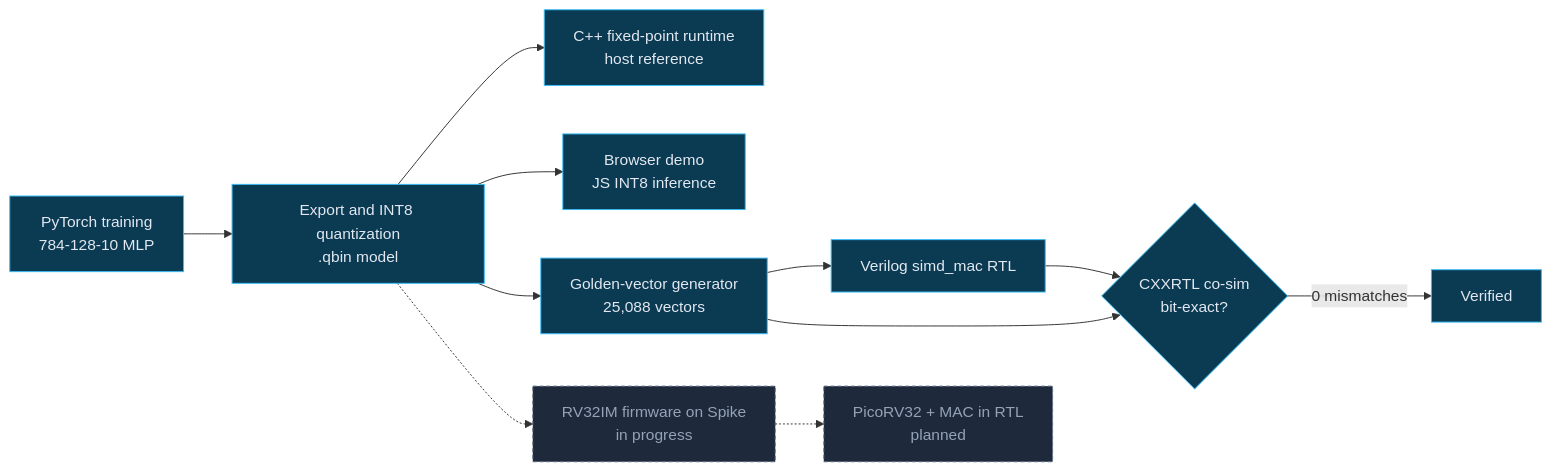
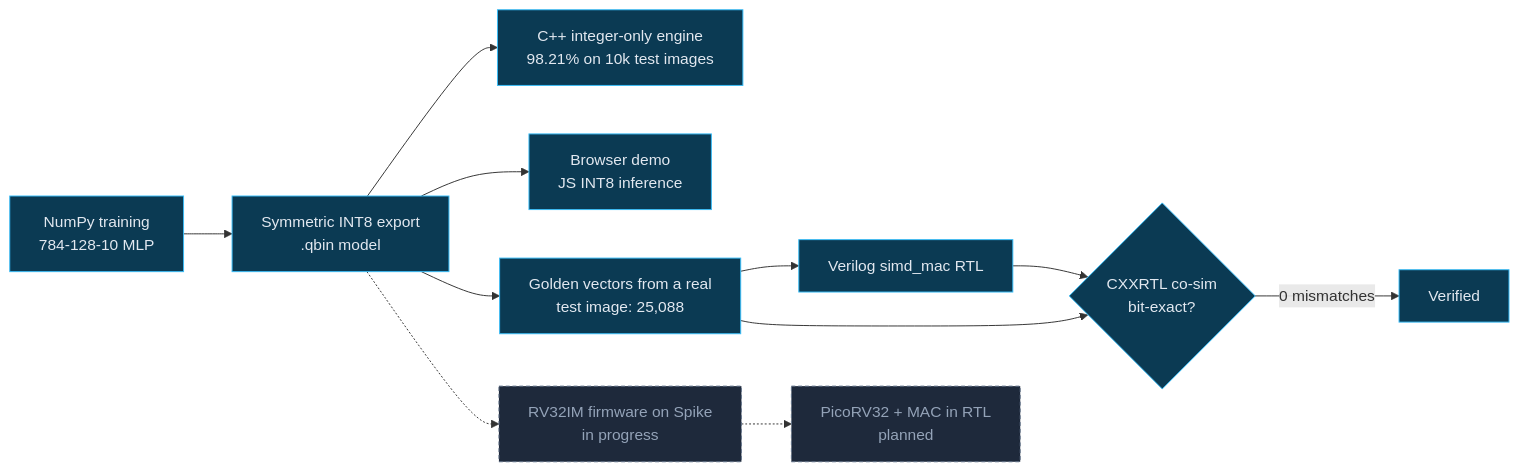
One commit to sajedulislam5840/riscv-edge-ai changed the first of 5 diagrams in README.md. Above: the diagram before and after it, drawn with Mermaid. The commit also changed other lines of this file and 8 other files, not shown here.

Commit message:
Evaluate INT8 on the real MNIST test set

````diff
--- a/README.md
+++ b/README.md
@@ -39,18 +39,18 @@
 ```mermaid
 flowchart LR
-    A["PyTorch training<br/>784-128-10 MLP"] --> B["Export and INT8 quantization<br/>.qbin model"]
-    B --> C["C++ fixed-point runtime<br/>host reference"]
+    A["NumPy training<br/>784-128-10 MLP"] --> B["Symmetric INT8 export<br/>.qbin model"]
+    B --> C["C++ integer-only engine<br/>98.21% on 10k test images"]
     B --> F["Browser demo<br/>JS INT8 inference"]
-    B --> D["Golden-vector generator<br/>25,088 vectors"]
+    B --> D["Golden vectors from a real<br/>test image: 25,088"]
     D --> E["Verilog simd_mac RTL"]
     E --> G{"CXXRTL co-sim<br/>bit-exact?"}
     D --> G
     G -->|"0 mismatches"| H["Verified"]
     B -.-> I["RV32IM firmware on Spike<br/>in progress"]
     I -.-> J["PicoRV32 + MAC in RTL<br/>planned"]
 
     classDef done fill:#0b3a53,stroke:#38bdf8,color:#e2e8f0
     classDef todo fill:#1e293b,stroke:#64748b,color:#94a3b8,stroke-dasharray:4 3
     class A,B,C,D,E,F,G,H done
     class I,J todo
 ```
````
